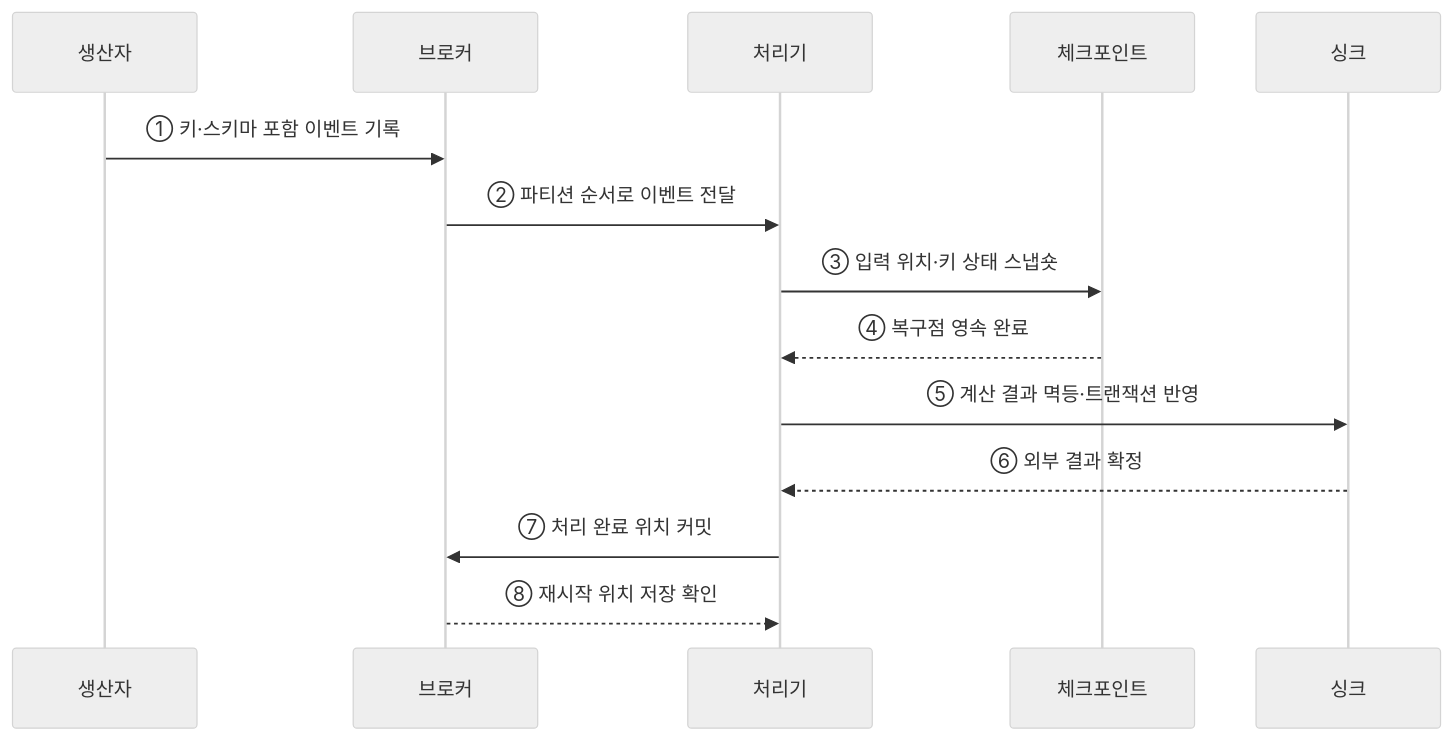
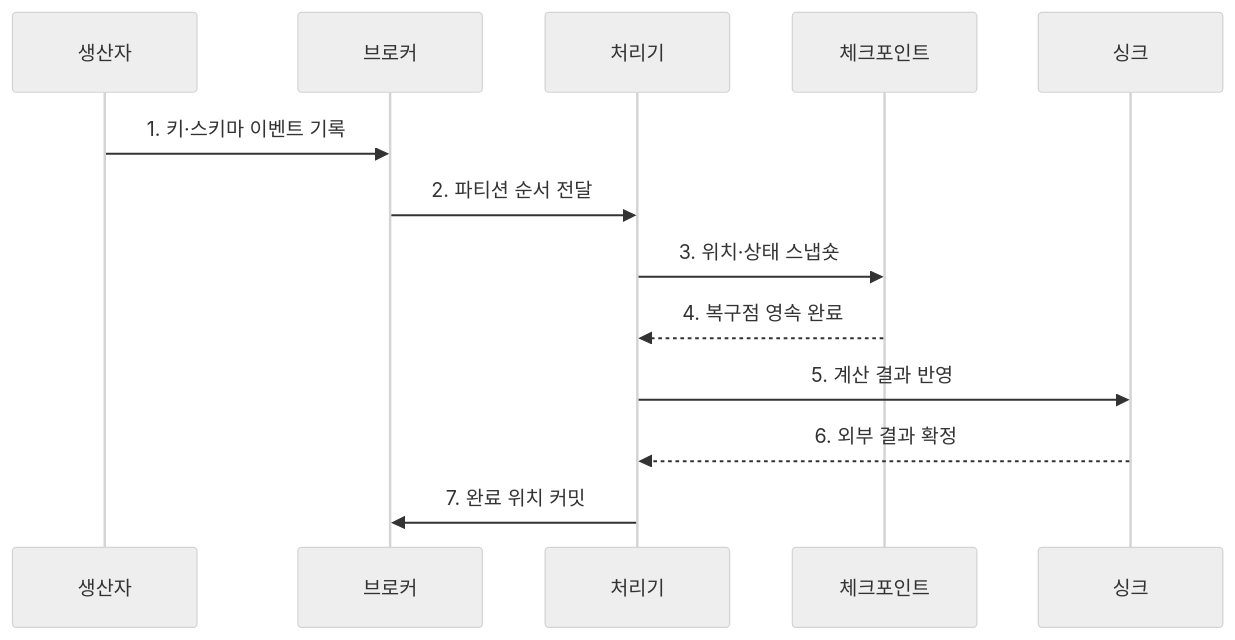
Before and after one commit to agnusdei1207/knowledge-base: the second of 2 diagrams in src/content/docs/notes/03-software/122_real_time_streaming_platform.md, drawn with Mermaid (neutral theme). The commit also changed other lines of this file and 20 other files, not shown here.

````diff
--- a/src/content/docs/notes/03-software/122_real_time_streaming_platform.md
+++ b/src/content/docs/notes/03-software/122_real_time_streaming_platform.md
@@ -73,16 +84,15 @@
 ```mermaid
 sequenceDiagram
     participant P as 생산자
     participant B as 브로커
     participant E as 처리기
     participant C as 체크포인트
     participant S as 싱크
-    P->>B: ① 키·스키마 포함 이벤트 기록
-    B->>E: ② 파티션 순서로 이벤트 전달
-    E->>C: ③ 입력 위치·키 상태 스냅숏
-    C-->>E: ④ 복구점 영속 완료
-    E->>S: ⑤ 계산 결과 멱등·트랜잭션 반영
-    S-->>E: ⑥ 외부 결과 확정
-    E->>B: ⑦ 처리 완료 위치 커밋
-    B-->>E: ⑧ 재시작 위치 저장 확인
+    P->>B: 1. 키·스키마 이벤트 기록
+    B->>E: 2. 파티션 순서 전달
+    E->>C: 3. 위치·상태 스냅숏
+    C-->>E: 4. 복구점 영속 완료
+    E->>S: 5. 계산 결과 반영
+    S-->>E: 6. 외부 결과 확정
+    E->>B: 7. 완료 위치 커밋
 ```
````
